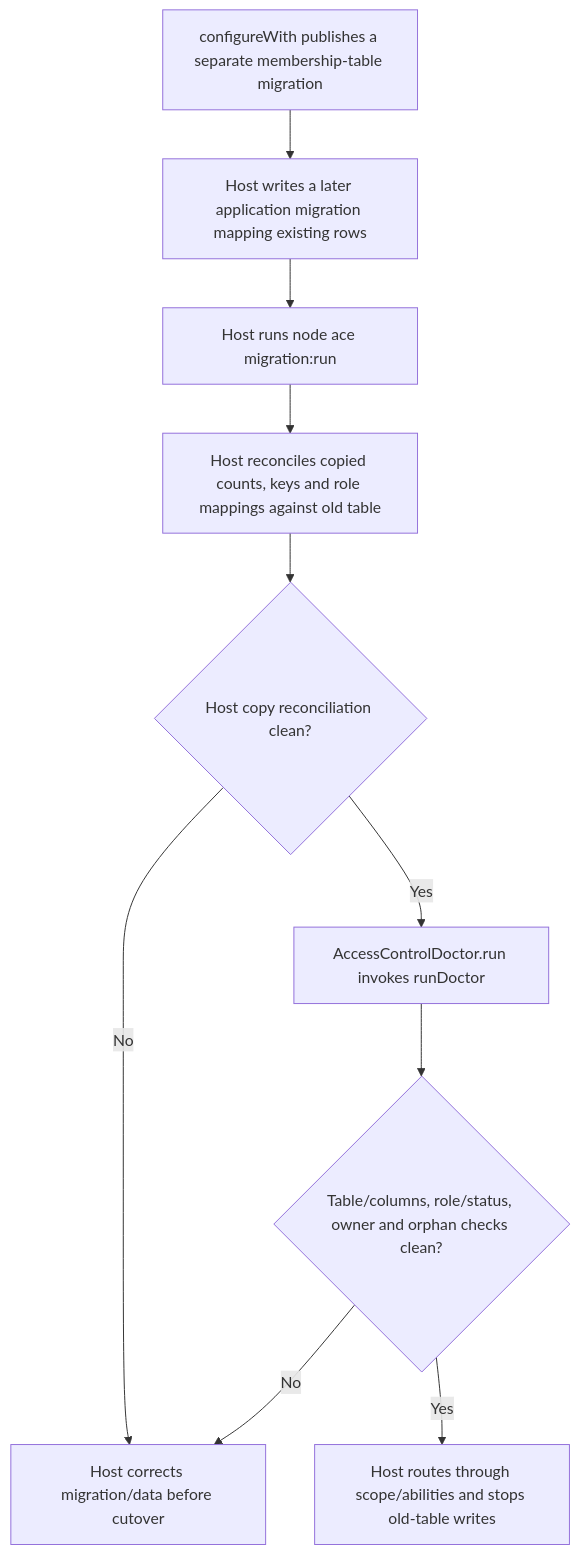
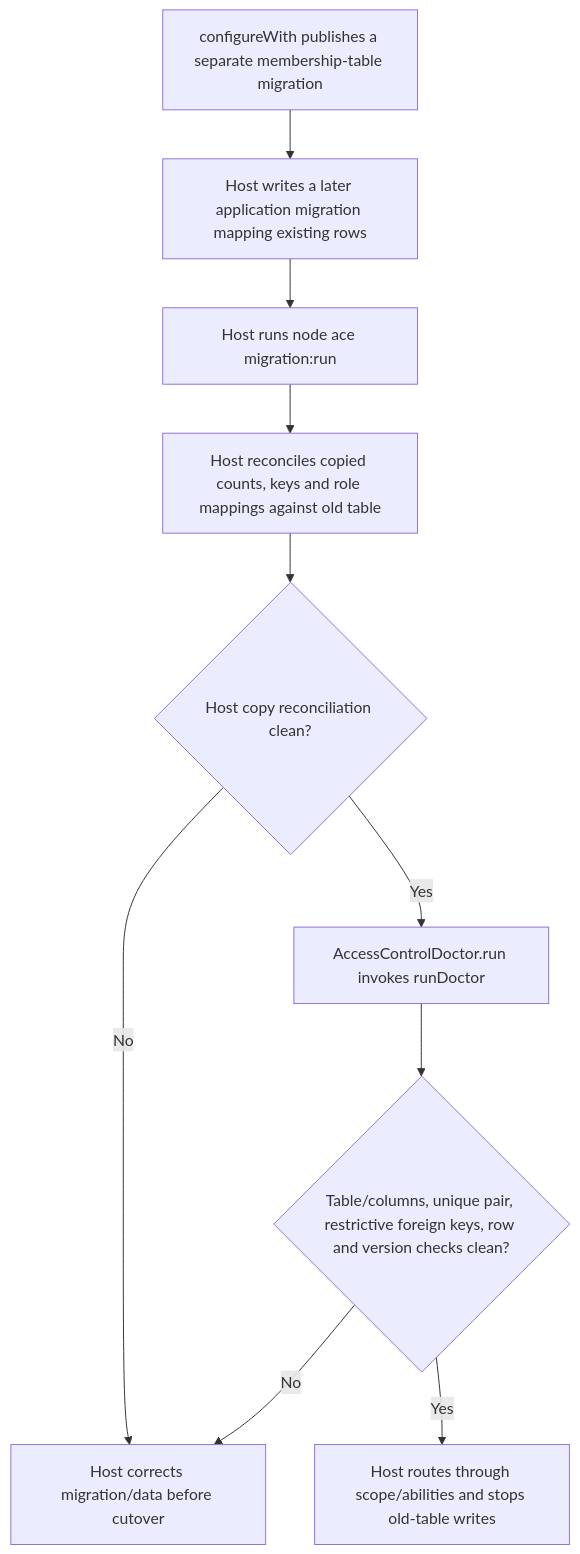
The second of 2 diagrams in user-stories/US-ACCESS-15-adopt-existing-memberships.md (Kevinjohn/oss-adonisjs-access-control), drawn with Mermaid before and after one commit. The commit also changed other lines of this file and 31 other files, not shown here.

````diff
--- a/user-stories/US-ACCESS-15-adopt-existing-memberships.md
+++ b/user-stories/US-ACCESS-15-adopt-existing-memberships.md
@@ -32,12 +32,12 @@
 ```mermaid
 flowchart TD
     A["configureWith publishes a separate membership-table migration"] --> B["Host writes a later application migration mapping existing rows"]
     B --> C["Host runs node ace migration:run"]
     C --> H["Host reconciles copied counts, keys and role mappings against old table"]
     H --> I{"Host copy reconciliation clean?"}
     I -->|No| F["Host corrects migration/data before cutover"]
     I -->|Yes| D["AccessControlDoctor.run invokes runDoctor"]
-    D --> E{"Table/columns, role/status, owner and orphan checks clean?"}
+    D --> E{"Table/columns, unique pair, restrictive foreign keys, row and version checks clean?"}
     E -->|No| F
     E -->|Yes| G["Host routes through scope/abilities and stops old-table writes"]
 ```
````
